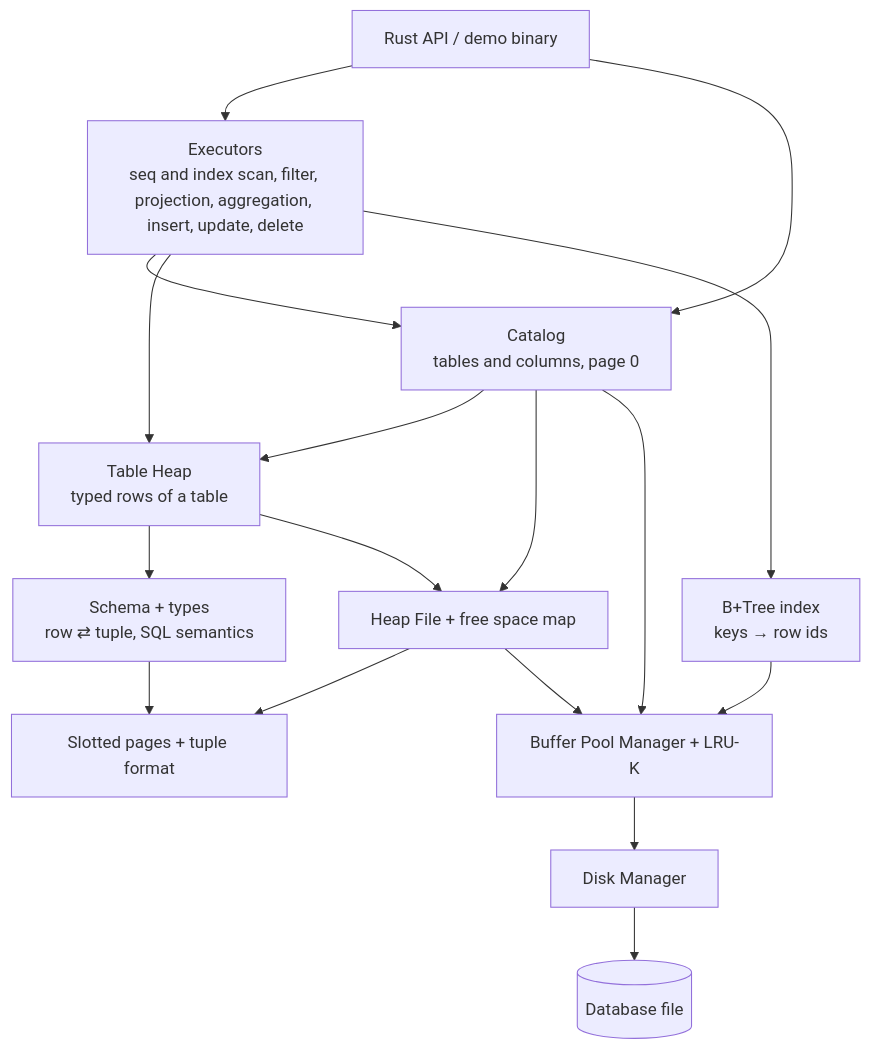
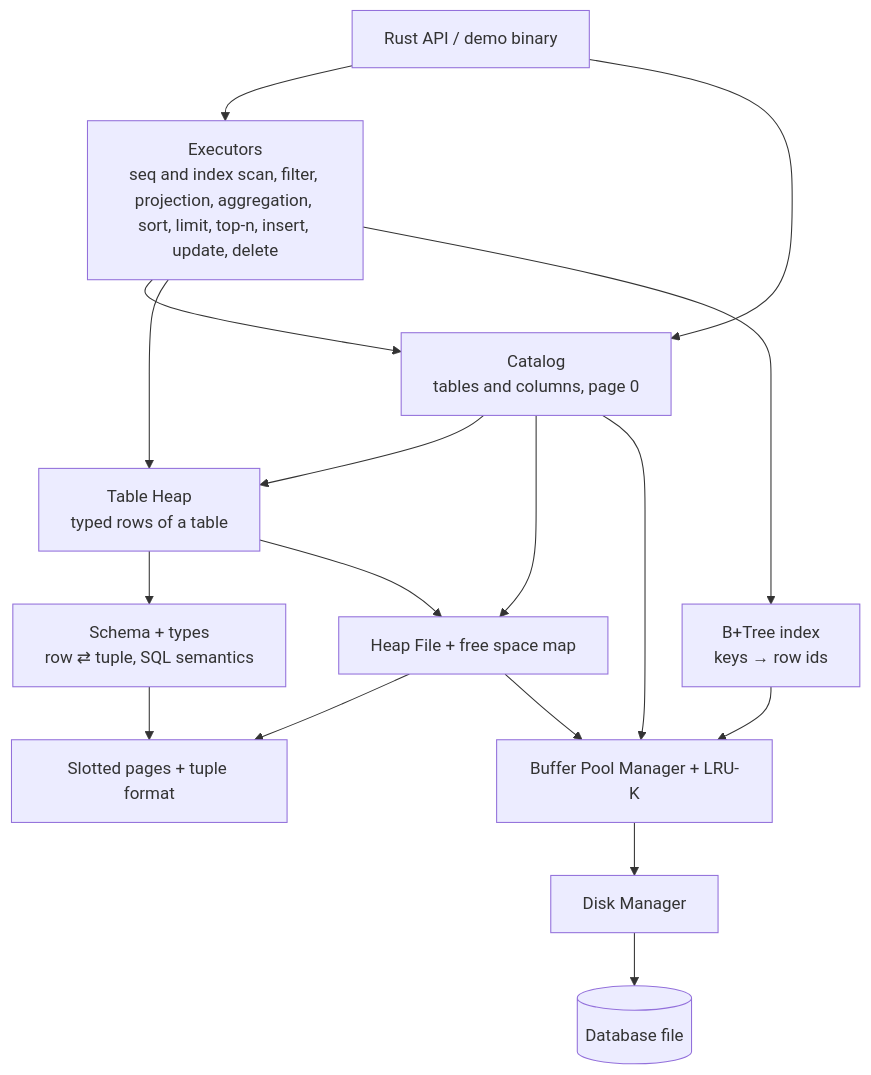
One commit to RodrigoGrz/ferro-db changed the diagram in README.md. Above: the diagram before and after it, drawn with Mermaid. The commit also changed other lines of this file and 11 other files, not shown here.

First line of the commit message:
feat/sort-limit-and-top-n

````diff
--- a/README.md
+++ b/README.md
@@ -47,31 +47,31 @@
 ```mermaid
 flowchart TD
     app["Rust API / demo binary"]
     catalog["Catalog<br/>tables and columns, page 0"]
     tableheap["Table Heap<br/>typed rows of a table"]
     btree["B+Tree index<br/>keys → row ids"]
-    exec["Executors<br/>seq and index scan, filter, projection, aggregation, insert, update, delete"]
+    exec["Executors<br/>seq and index scan, filter, projection, aggregation, sort, limit, top-n, insert, update, delete"]
     schema["Schema + types<br/>row ⇄ tuple, SQL semantics"]
     heap["Heap File + free space map"]
     page["Slotted pages + tuple format"]
     bpm["Buffer Pool Manager + LRU-K"]
     disk["Disk Manager"]
     file[("Database file")]
 
     app --> exec
     exec --> catalog
     exec --> tableheap
     exec --> btree
     app --> catalog
     btree --> bpm
     catalog --> tableheap
     catalog --> heap
     tableheap --> schema
     tableheap --> heap
     schema --> page
     heap --> page
     heap --> bpm
     catalog --> bpm
     bpm --> disk
     disk --> file
 ```
````
